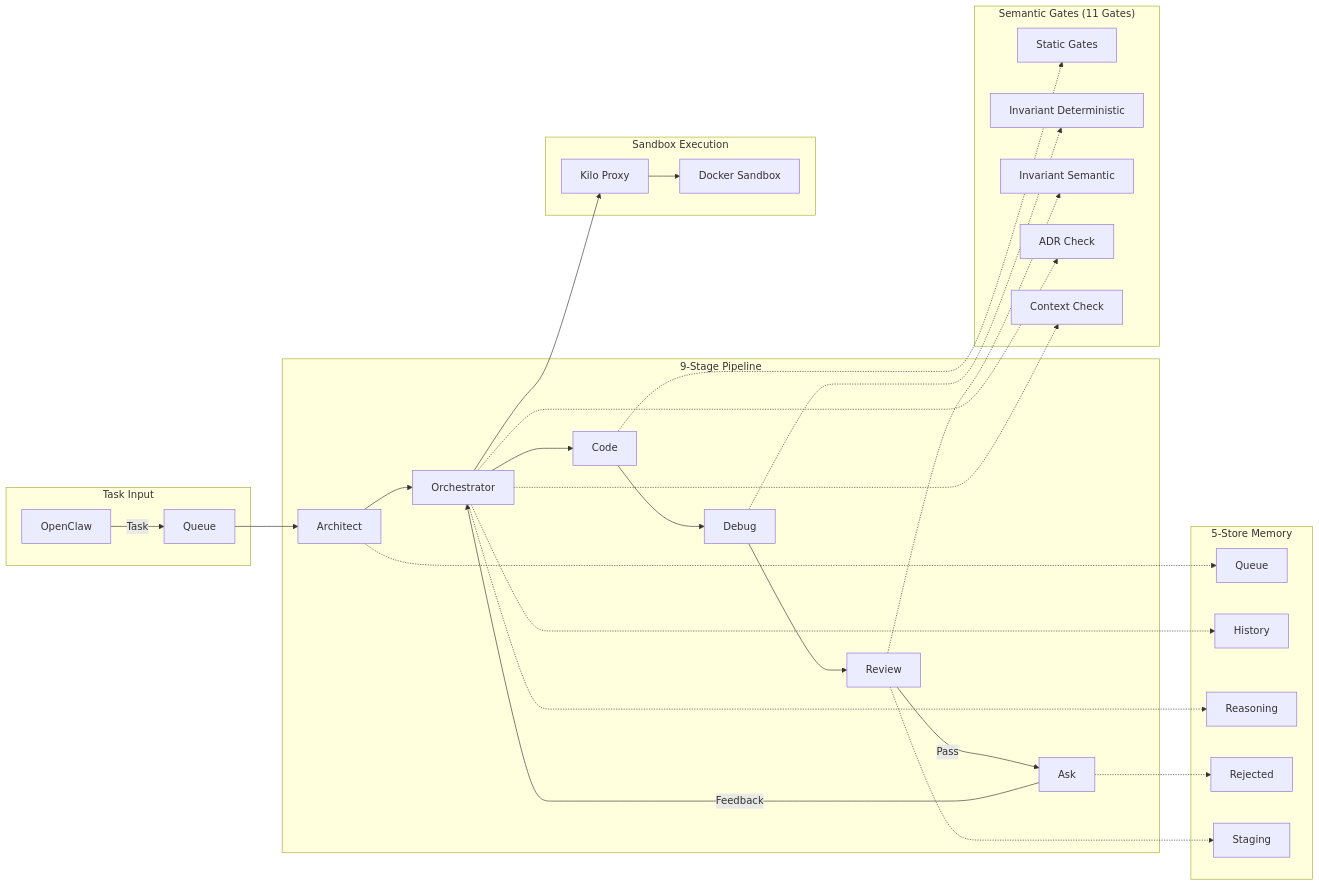
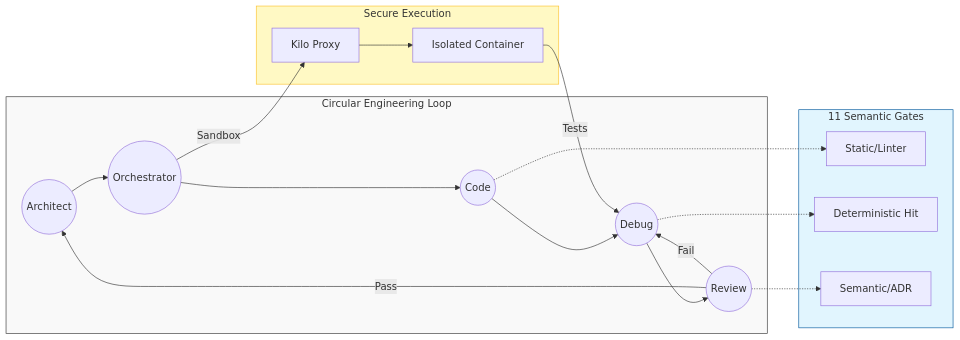
The third of 3 diagrams in README.md (oweibor/homelab), drawn with Mermaid before and after one commit. The commit also changed other lines of this file and 1 other file, not shown here.

````diff
--- a/README.md
+++ b/README.md
@@ -447,61 +394,27 @@
 ```mermaid
 graph LR
-    subgraph Input["Task Input"]
-        OC[OpenClaw]
-        Queue[Queue]
+    subgraph Cycle[Circular Engineering Loop]
+        A((Architect)) --> O((Orchestrator))
+        O --> C((Code))
+        C --> D((Debug))
+        D --> R((Review))
+        R -->|Pass| A
+        R -->|Fail| D
     end
-    
-    subgraph Pipeline["9-Stage Pipeline"]
-        A[Architect]
-        O[Orchestrator]
-        C[Code]
-        D[Debug]
-        R[Review]
-        A2[Ask]
+
+    subgraph Gates[11 Semantic Gates]
+        C -.-> G1[Static/Linter]
+        D -.-> G2[Deterministic Hit]
+        R -.-> G3[Semantic/ADR]
     end
-    
-    subgraph Gates["Semantic Gates (11 Gates)"]
-        SG[Static Gates]
-        ID[Invariant Deterministic]
-        IS[Invariant Semantic]
-        ADR[ADR Check]
-        CC[Context Check]
+
+    subgraph Env[Secure Execution]
+        O -->|Sandbox| KPr[Kilo Proxy]
+        KPr --> SB[Isolated Container]
+        SB -->|Tests| D
     end
-    
-    subgraph Memory["5-Store Memory"]
-        Q[Queue]
-        H[History]
-        Reas[Reasoning]
-        Rej[Rejected]
-        Staging[Staging]
-    end
-    
-    subgraph Execution["Sandbox Execution"]
-        KPr[Kilo Proxy]
-        Sandbox[Docker Sandbox]
-    end
-    
-    OC -->|Task| Queue
-    Queue --> A
-    A --> O
-    O --> C
-    C --> D
-    D --> R
-    R -->|Pass| A2
-    A2 -->|Feedback| O
-    
-    C -.-> SG
-    D -.-> ID
-    R -.-> IS
-    O -.-> ADR
-    O -.-> CC
-    
-    A -.-> Q
-    O -.-> H
-    O -.-> Reas
-    A2 -.-> Rej
-    R -.-> Staging
-    
-    O --> KPr
-    KPr --> Sandbox
+
+    style Cycle fill:#f9f9f9,stroke:#333
+    style Gates fill:#e1f5fe,stroke:#01579b
+    style Env fill:#fff9c4,stroke:#fbc02d
 ```
````
